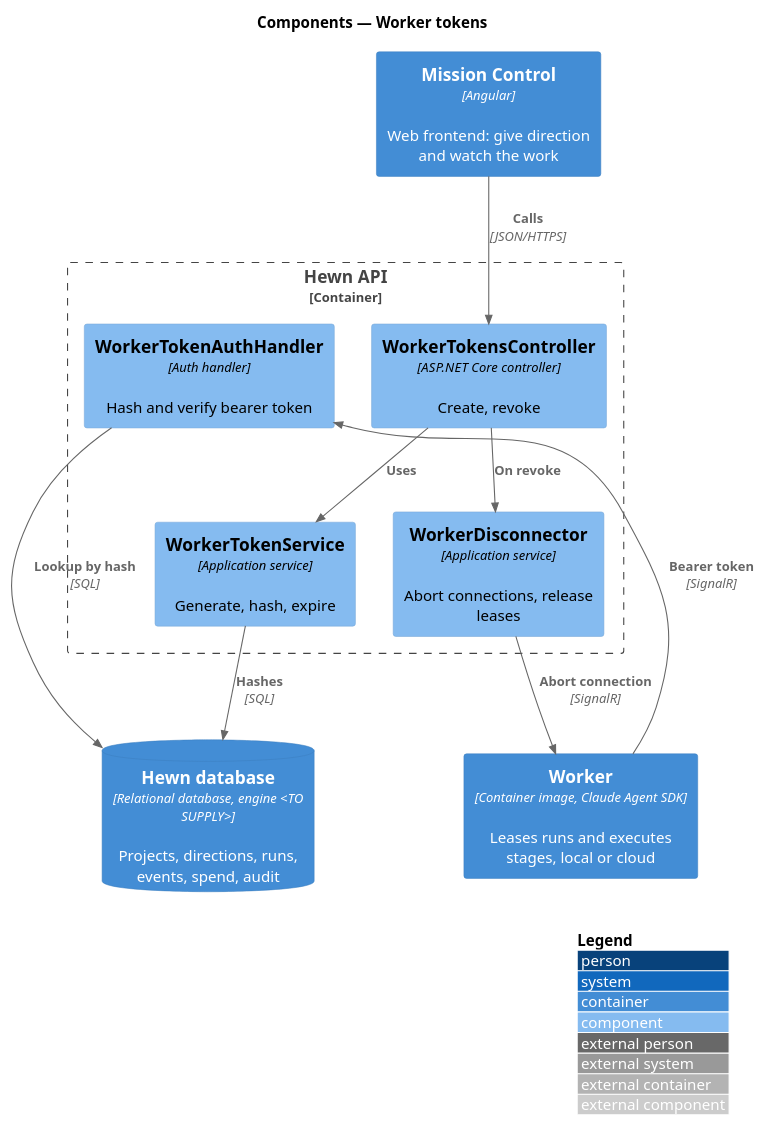
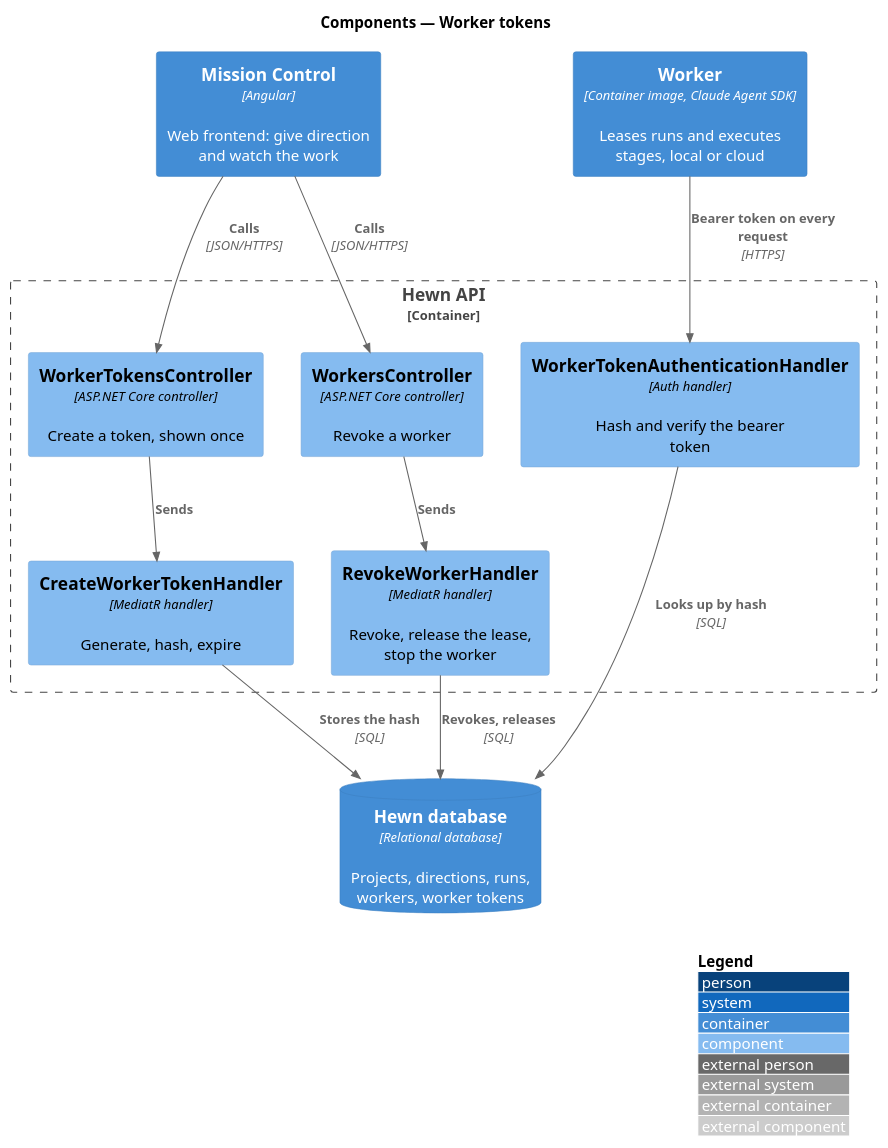
One commit to QuinntyneBrown/hewn changed the diagram in docs/detailed-designs/security/worker-tokens/diagrams/c4-component.puml. Above: the diagram before and after it, drawn with PlantUML. The commit also changed 65 other files, not shown here.

First line of the commit message:
Manage worker tokens (journey 24, L2-041) (#32)

```diff
--- a/docs/detailed-designs/security/worker-tokens/diagrams/c4-component.puml
+++ b/docs/detailed-designs/security/worker-tokens/diagrams/c4-component.puml
@@ -1,23 +1,25 @@
 @startuml
 !include <C4/C4_Component>
 LAYOUT_WITH_LEGEND()
 title Components — Worker tokens
 
 Container(spa, "Mission Control", "Angular", "Web frontend: give direction and watch the work")
 Container(worker, "Worker", "Container image, Claude Agent SDK", "Leases runs and executes stages, local or cloud")
-ContainerDb(db, "Hewn database", "Relational database, engine <TO SUPPLY>", "Projects, directions, runs, events, spend, audit")
+ContainerDb(db, "Hewn database", "Relational database", "Projects, directions, runs, workers, worker tokens")
 Container_Boundary(api_b, "Hewn API") {
-  Component(ctrl, "WorkerTokensController", "ASP.NET Core controller", "Create, revoke")
-  Component(svc, "WorkerTokenService", "Application service", "Generate, hash, expire")
-  Component(auth, "WorkerTokenAuthHandler", "Auth handler", "Hash and verify bearer token")
-  Component(disc, "WorkerDisconnector", "Application service", "Abort connections, release leases")
+  Component(ctrl, "WorkerTokensController", "ASP.NET Core controller", "Create a token, shown once")
+  Component(wctrl, "WorkersController", "ASP.NET Core controller", "Revoke a worker")
+  Component(create, "CreateWorkerTokenHandler", "MediatR handler", "Generate, hash, expire")
+  Component(revoke, "RevokeWorkerHandler", "MediatR handler", "Revoke, release the lease, stop the worker")
+  Component(auth, "WorkerTokenAuthenticationHandler", "Auth handler", "Hash and verify the bearer token")
 }
 
 Rel(spa, ctrl, "Calls", "JSON/HTTPS")
-Rel(ctrl, svc, "Uses")
-Rel(svc, db, "Hashes", "SQL")
-Rel(worker, auth, "Bearer token", "SignalR")
-Rel(auth, db, "Lookup by hash", "SQL")
-Rel(ctrl, disc, "On revoke")
-Rel(disc, worker, "Abort connection", "SignalR")
+Rel(spa, wctrl, "Calls", "JSON/HTTPS")
+Rel(ctrl, create, "Sends")
+Rel(wctrl, revoke, "Sends")
+Rel(create, db, "Stores the hash", "SQL")
+Rel(revoke, db, "Revokes, releases", "SQL")
+Rel(worker, auth, "Bearer token on every request", "HTTPS")
+Rel(auth, db, "Looks up by hash", "SQL")
 @enduml
```
